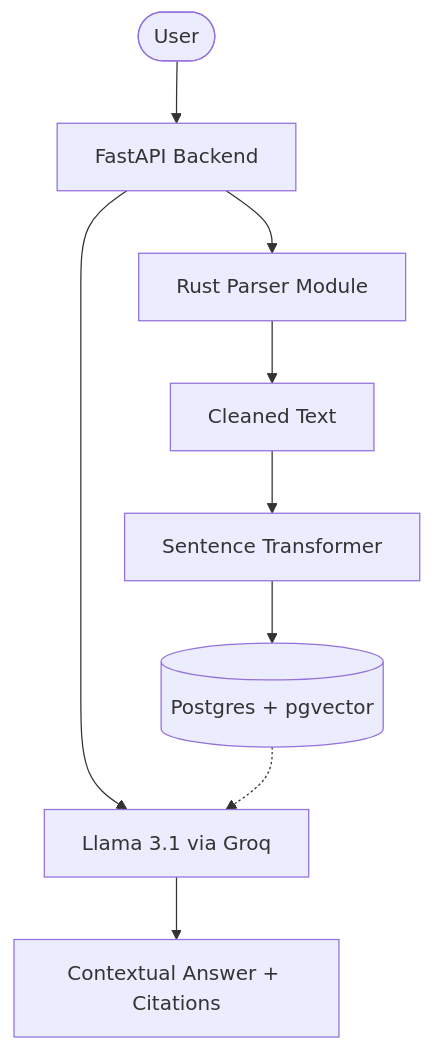
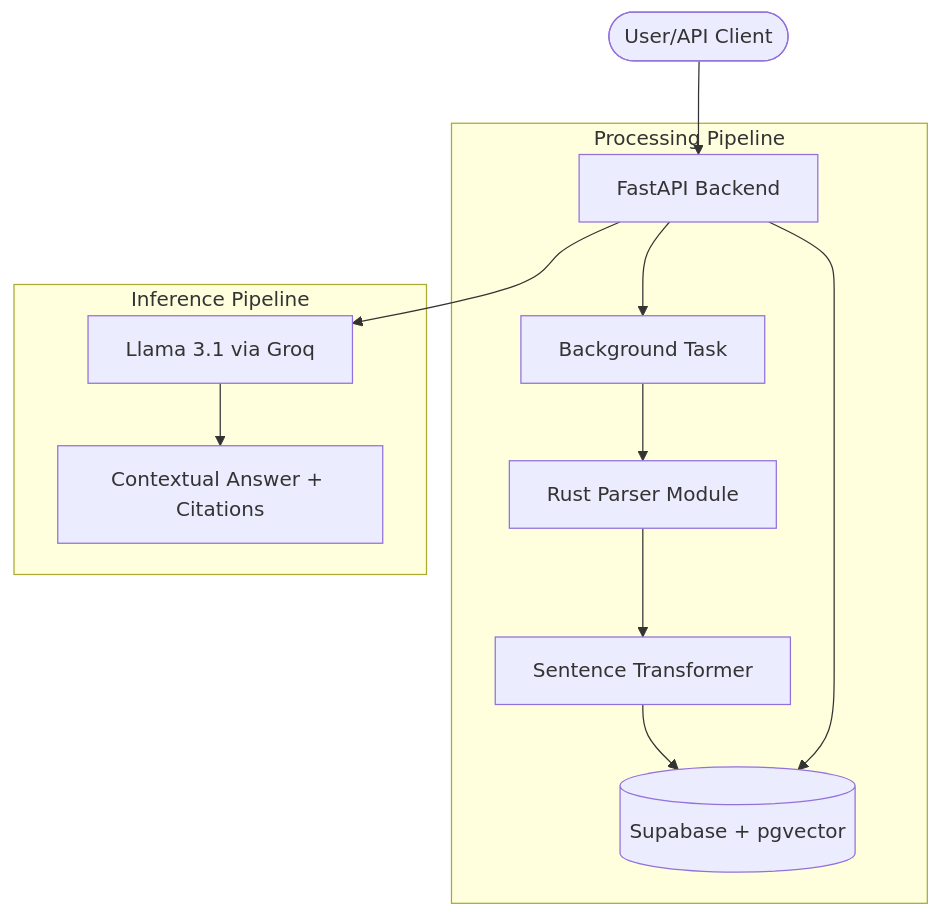
One commit to TheProject24/sematic_search changed the diagram in README.md. Above: the diagram before and after it, drawn with Mermaid. The commit also changed other lines of this file and 31 other files, not shown here.

````diff
--- a/README.md
+++ b/README.md
@@ -56,11 +55,17 @@
 ```mermaid
 graph TD
-    User([User]) --> API[FastAPI Backend]
-    API --> RustParser[Rust Parser Module]
-    RustParser --> Text[Cleaned Text]
-    Text --> Embedder[Sentence Transformer]
-    Embedder --> PG[(Postgres + pgvector)]
-    API --> LLM[Llama 3.1 via Groq]
-    LLM --> Answer[Contextual Answer + Citations]
-    PG -.-> LLM
+    User([User/API Client]) --> API[FastAPI Backend]
+
+    subgraph "Processing Pipeline"
+        API --> Worker[Background Task]
+        Worker --> RustParser[Rust Parser Module]
+        RustParser --> Embedder[Sentence Transformer]
+        Embedder --> Superbase[(Supabase + pgvector)]
+    end
+
+    subgraph "Inference Pipeline"
+        API --> Superbase
+        API --> LLM[Llama 3.1 via Groq]
+        LLM --> Answer[Contextual Answer + Citations]
+    end
 ```
````
